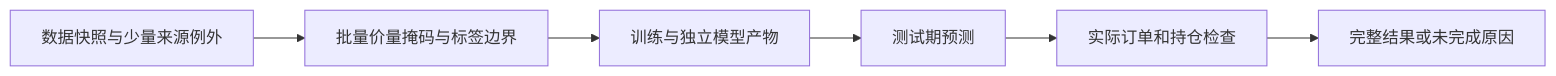
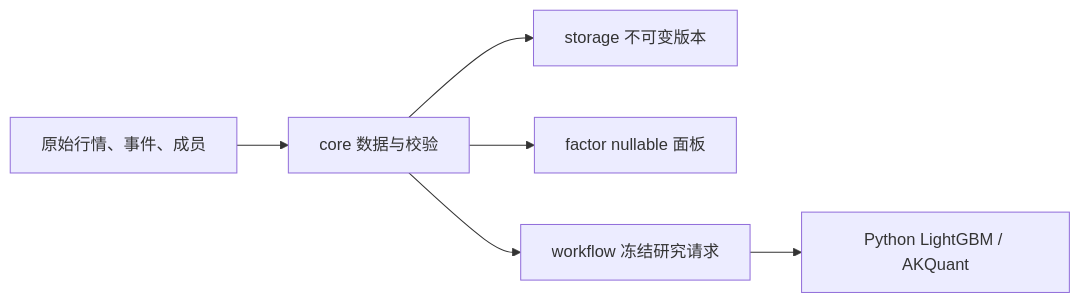
Before and after one commit to Dennishaha/JFQuant: the diagram in crates/core/src/README.md, drawn with Mermaid. The commit also changed other lines of this file and 97 other files, not shown here.

````diff
--- a/crates/core/src/README.md
+++ b/crates/core/src/README.md
@@ -103,8 +19,8 @@
 ```mermaid
 flowchart LR
-  D[数据快照与少量来源例外] --> M[批量价量掩码与标签边界]
-  M --> T[训练与独立模型产物]
-  T --> P[测试期预测]
-  P --> E[实际订单和持仓检查]
-  E --> R[完整结果或未完成原因]
+ D[原始行情、事件、成员] --> C[core 数据与校验]
+ C --> S[storage 不可变版本]
+ C --> F[factor nullable 面板]
+ C --> W[workflow 冻结研究请求]
+ W --> P[Python LightGBM / AKQuant]
 ```
````
